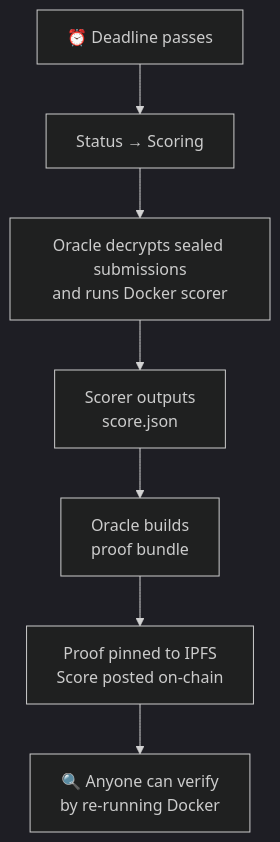
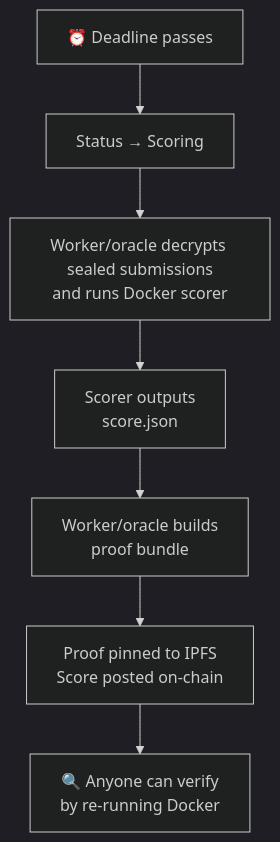
Before and after one commit to andymolecule/Hermes: the fifth of 11 diagrams in docs/product.md, drawn with Mermaid (dark theme). The commit also changed other lines of this file and 17 other files, not shown here.

````diff
--- a/docs/product.md
+++ b/docs/product.md
@@ -89,9 +115,9 @@
 ```mermaid
 flowchart TB
     A["⏰ Deadline passes"] --> B["Status → Scoring"]
-    B --> C["Oracle decrypts sealed submissions<br/>and runs Docker scorer"]
+    B --> C["Worker/oracle decrypts sealed submissions<br/>and runs Docker scorer"]
     C --> D["Scorer outputs<br/>score.json"]
-    D --> E["Oracle builds<br/>proof bundle"]
+    D --> E["Worker/oracle builds<br/>proof bundle"]
     E --> F["Proof pinned to IPFS<br/>Score posted on-chain"]
     F --> G["🔍 Anyone can verify<br/>by re-running Docker"]
 ```
````
